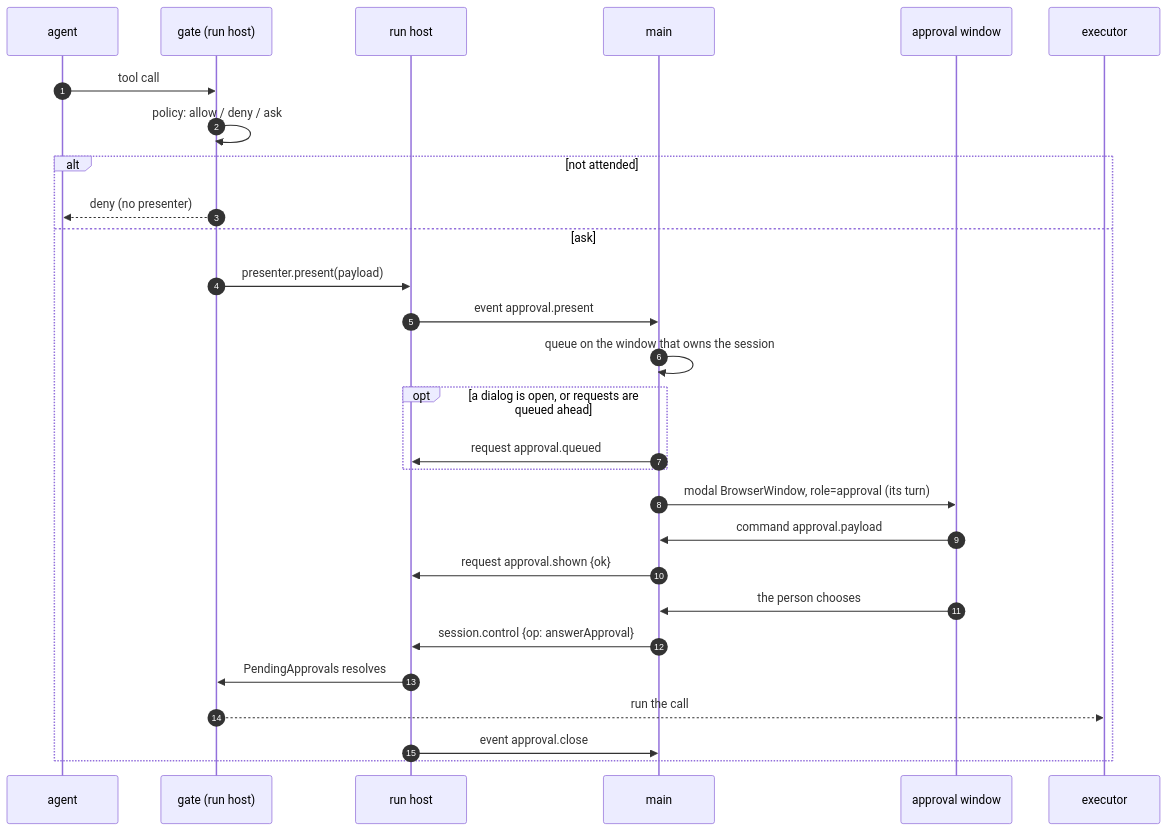
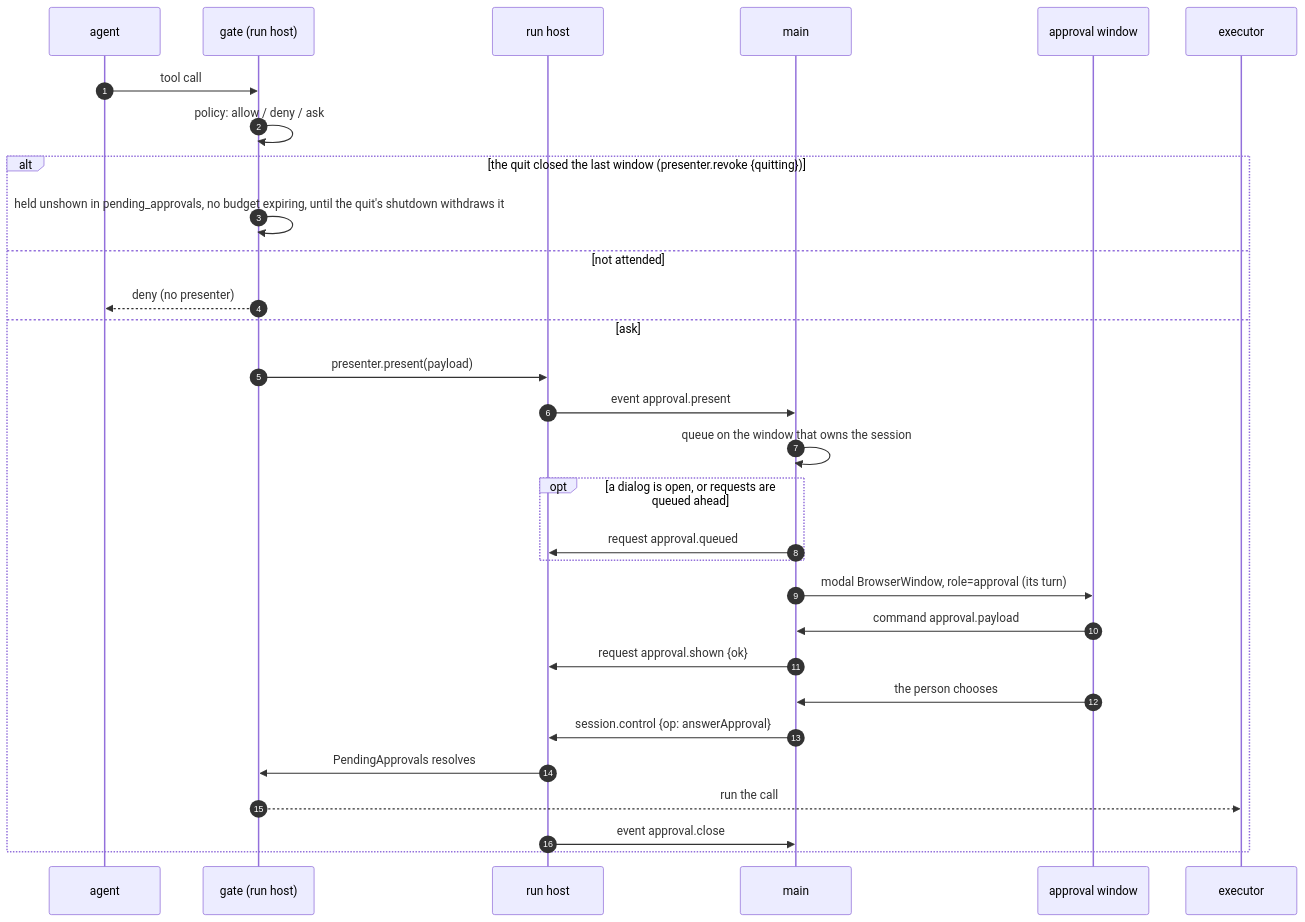
The third of 5 diagrams in docs/architecture/views/06-sequences.md (Concrete-Dynamics/Rotaris), drawn with Mermaid before and after one commit. The commit also changed other lines of this file and 20 other files, not shown here.

````diff
--- a/docs/architecture/views/06-sequences.md
+++ b/docs/architecture/views/06-sequences.md
@@ -165,31 +165,33 @@
 ```mermaid
 sequenceDiagram
   autonumber
   participant A as agent
   participant G as gate (run host)
   participant RH as run host
   participant M as main
   participant D as approval window
   participant E as executor
 
   A->>G: tool call
   G->>G: policy: allow / deny / ask
-  alt not attended
+  alt the quit closed the last window (presenter.revoke {quitting})
+    G->>G: held unshown in pending_approvals, no budget expiring, until the quit's shutdown withdraws it
+  else not attended
     G-->>A: deny (no presenter)
   else ask
     G->>RH: presenter.present(payload)
     RH->>M: event approval.present
     M->>M: queue on the window that owns the session
     opt a dialog is open, or requests are queued ahead
       M->>RH: request approval.queued
     end
     M->>D: modal BrowserWindow, role=approval (its turn)
     D->>M: command approval.payload
     M->>RH: request approval.shown {ok}
     D->>M: the person chooses
     M->>RH: session.control {op: answerApproval}
     RH->>G: PendingApprovals resolves
     G-->>E: run the call
     RH->>M: event approval.close
   end
 ```
````
